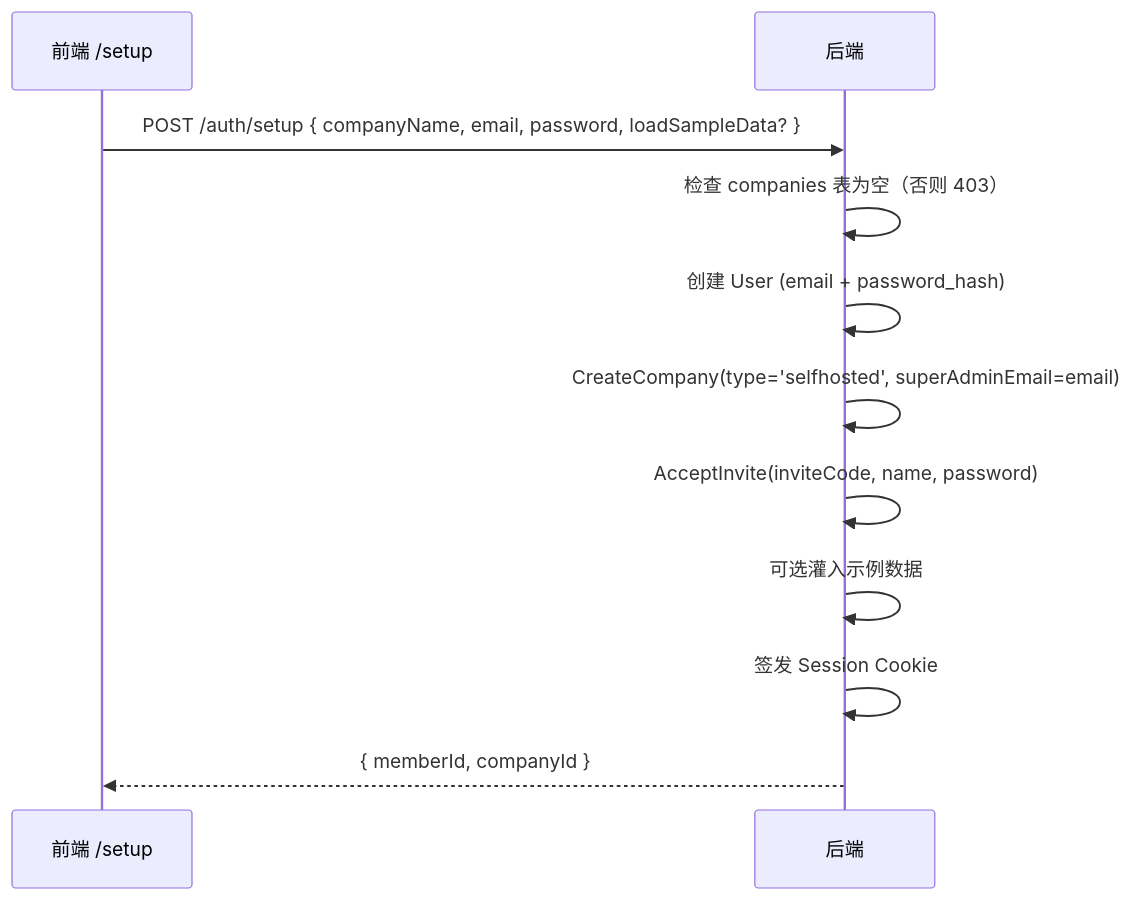
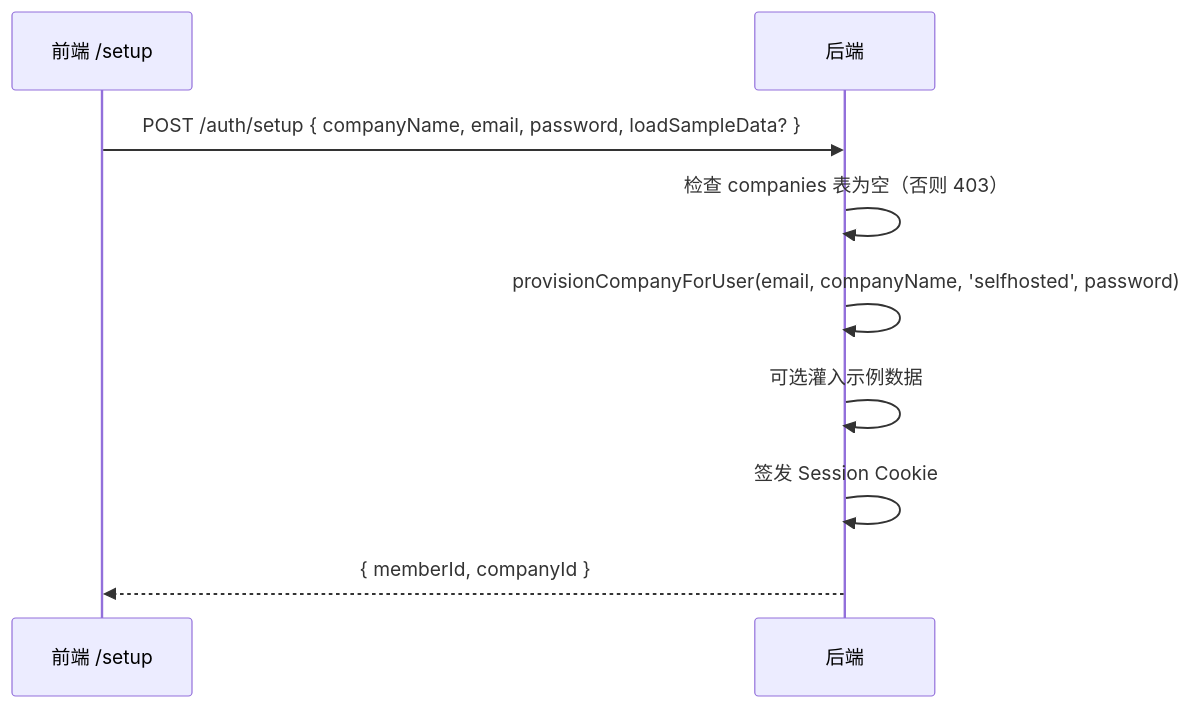
Before and after one commit to quyip8818/mytokenjoy: the fifth of 5 diagrams in docs/saas/登录注册方案设计.md, drawn with Mermaid. The commit also changed other lines of this file and 25 other files, not shown here.

Commit message:
support register / create company api

````diff
--- a/docs/saas/登录注册方案设计.md
+++ b/docs/saas/登录注册方案设计.md
@@ -226,14 +221,12 @@
 ```mermaid
 sequenceDiagram
     participant F as 前端 /setup
     participant B as 后端
 
     F->>B: POST /auth/setup { companyName, email, password, loadSampleData? }
     B->>B: 检查 companies 表为空（否则 403）
-    B->>B: 创建 User (email + password_hash)
-    B->>B: CreateCompany(type='selfhosted', superAdminEmail=email)
-    B->>B: AcceptInvite(inviteCode, name, password)
+    B->>B: provisionCompanyForUser(email, companyName, 'selfhosted', password)
     B->>B: 可选灌入示例数据
     B->>B: 签发 Session Cookie
     B-->>F: { memberId, companyId }
 ```
````
